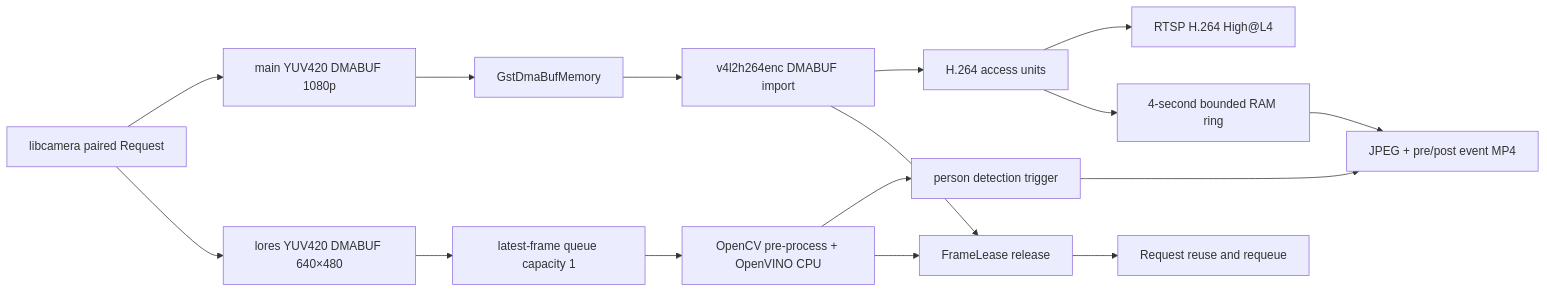
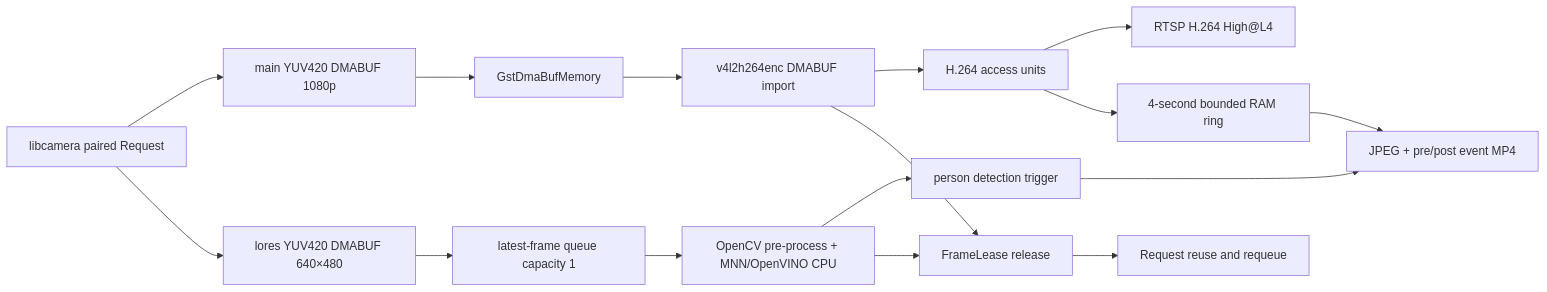
Before and after one commit to fryholic/eggvision: the diagram in README.md, drawn with Mermaid. The commit also changed other lines of this file and 14 other files, not shown here.

````diff
--- a/README.md
+++ b/README.md
@@ -12,18 +13,18 @@
 ```mermaid
 flowchart LR
     C["libcamera paired Request"] --> M["main YUV420 DMABUF 1080p"]
     C --> L["lores YUV420 DMABUF 640×480"]
     M --> G["GstDmaBufMemory"]
     G --> V["v4l2h264enc DMABUF import"]
     V --> A["H.264 access units"]
     A --> R["RTSP H.264 High@L4"]
     A --> B["4-second bounded RAM ring"]
     L --> Q["latest-frame queue capacity 1"]
-    Q --> O["OpenCV pre-process + OpenVINO CPU"]
+    Q --> O["OpenCV pre-process + MNN/OpenVINO CPU"]
     O --> T["person detection trigger"]
     T --> E["JPEG + pre/post event MP4"]
     B --> E
     V --> F["FrameLease release"]
     O --> F
     F --> X["Request reuse and requeue"]
 ```
````
